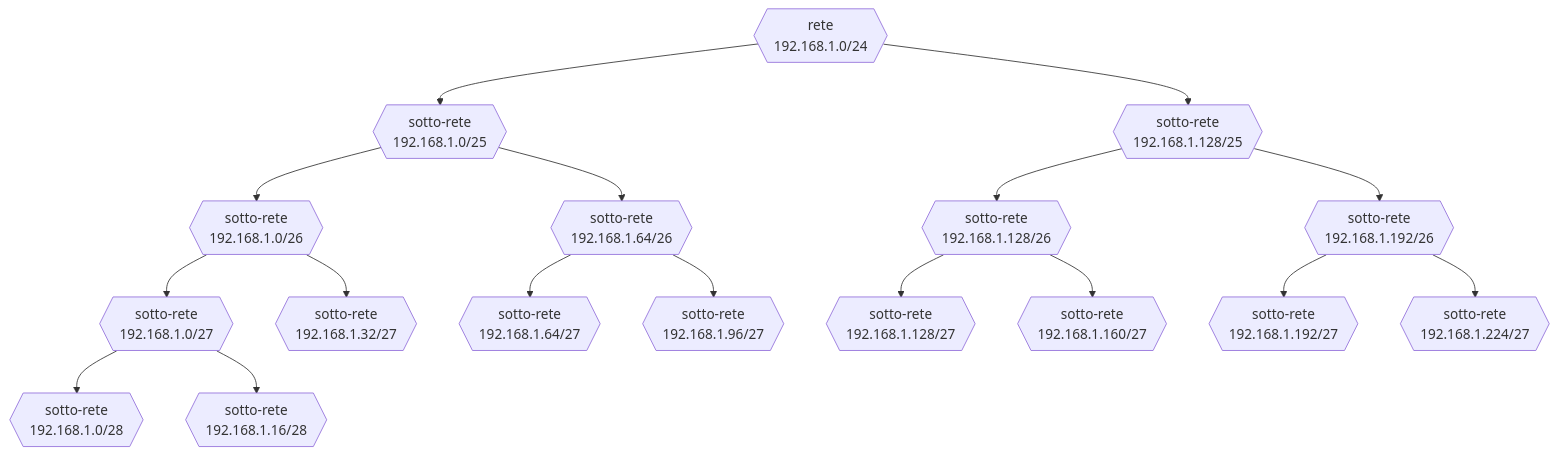
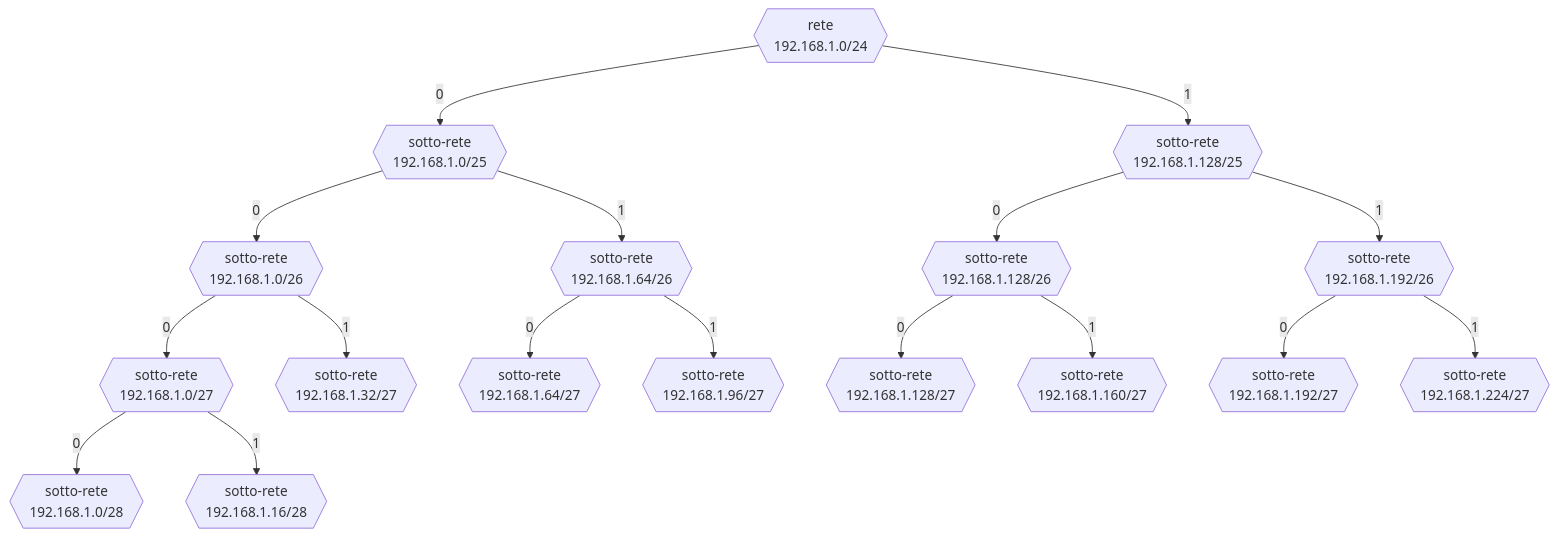
One commit to TendTo/Tutorato-Reti-di-Calcolatori changed the first of 3 diagrams in lezioni/3-Network/README.md. Above: the diagram before and after it, drawn with Mermaid. The commit also changed other lines of this file, not shown here.

````diff
--- a/lezioni/3-Network/README.md
+++ b/lezioni/3-Network/README.md
@@ -51,38 +67,38 @@
 ```mermaid
 graph TD
 r{{rete\n192.168.1.0/24}}
 s1{{sotto-rete\n192.168.1.0/25}}
 s2{{sotto-rete\n192.168.1.128/25}}
 s3{{sotto-rete\n192.168.1.0/26}}
 s4{{sotto-rete\n192.168.1.64/26}}
 s5{{sotto-rete\n192.168.1.128/26}}
 s6{{sotto-rete\n192.168.1.192/26}}
 s7{{sotto-rete\n192.168.1.0/27}}
 s8{{sotto-rete\n192.168.1.32/27}}
 s9{{sotto-rete\n192.168.1.64/27}}
 s10{{sotto-rete\n192.168.1.96/27}}
 s11{{sotto-rete\n192.168.1.128/27}}
 s12{{sotto-rete\n192.168.1.160/27}}
 s13{{sotto-rete\n192.168.1.192/27}}
 s14{{sotto-rete\n192.168.1.224/27}}
 s15{{sotto-rete\n192.168.1.0/28}}
 s16{{sotto-rete\n192.168.1.16/28}}
 
-    r --> s1
-    r --> s2
-    s1 --> s3
-    s1 --> s4
-    s2 --> s5
-    s2 --> s6
-    s3 --> s7
-    s3 --> s8
-    s4 --> s9
-    s4 --> s10
-    s5 --> s11
-    s5 --> s12
-    s6 --> s13
-    s6 --> s14
-    s7 --> s15
-    s7 --> s16
+    r -- 0 --> s1
+    r -- 1 --> s2
+    s1 -- 0 --> s3
+    s1 -- 1 --> s4
+    s2 -- 0 --> s5
+    s2 -- 1 --> s6
+    s3 -- 0 --> s7
+    s3 -- 1 --> s8
+    s4 -- 0 --> s9
+    s4 -- 1 --> s10
+    s5 -- 0 --> s11
+    s5 -- 1 --> s12
+    s6 -- 0 --> s13
+    s6 -- 1 --> s14
+    s7 -- 0 --> s15
+    s7 -- 1 --> s16
 
 ```
````
